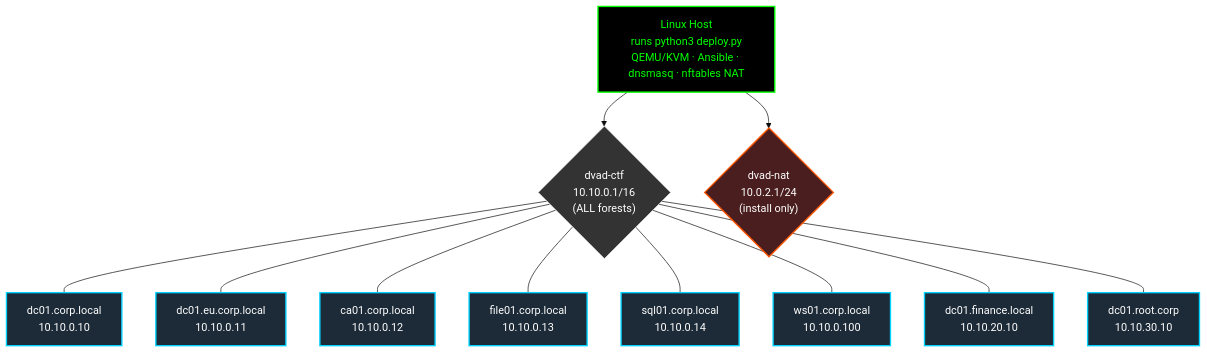
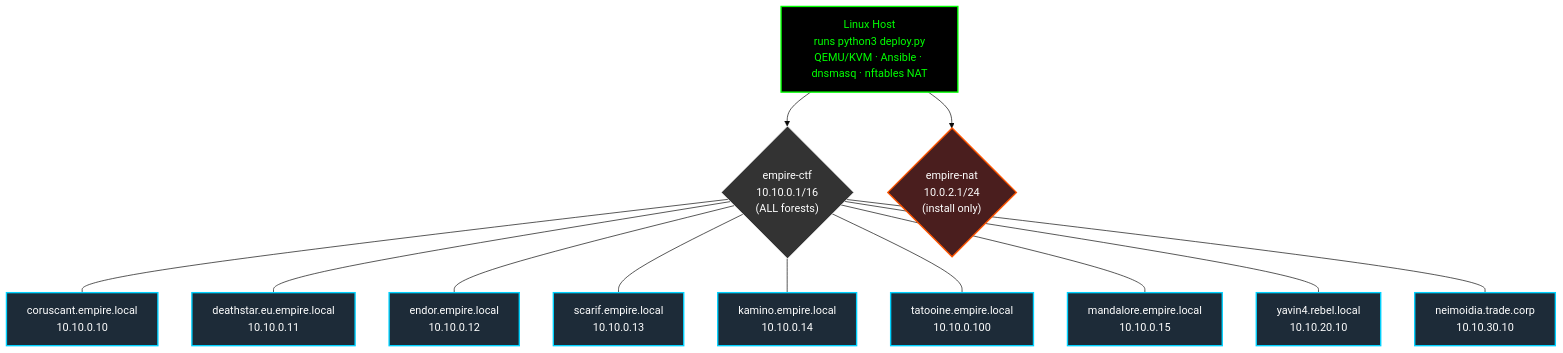
One commit to sanchitsahni/Damn-Vunerable-Active-Directory changed the first of 3 diagrams in README.md. Above: the diagram before and after it, drawn with Mermaid (base theme). The commit also changed other lines of this file and 228 other files, not shown here.

````diff
--- a/README.md
+++ b/README.md
@@ -21,24 +21,25 @@
 ```mermaid
 graph TD
     classDef host fill:#000,stroke:#0f0,stroke-width:2px,color:#0f0;
     classDef bridge fill:#333,stroke:#fff,stroke-width:1px,color:#fff;
     classDef vm fill:#1d2b38,stroke:#00d2ff,stroke-width:2px,color:#fff;
     classDef nat fill:#4a1e1e,stroke:#ff5500,stroke-width:2px,color:#fff;
 
     Host["Linux Host<br/>runs python3 deploy.py<br/>QEMU/KVM · Ansible · dnsmasq · nftables NAT"]:::host
 
-    CTF{"dvad-ctf<br/>10.10.0.1/16<br/>(ALL forests)"}:::bridge
-    NAT{"dvad-nat<br/>10.0.2.1/24<br/>(install only)"}:::nat
+    CTF{"empire-ctf<br/>10.10.0.1/16<br/>(ALL forests)"}:::bridge
+    NAT{"empire-nat<br/>10.0.2.1/24<br/>(install only)"}:::nat
 
     Host --> CTF
     Host --> NAT
 
-    CTF --- DC01["dc01.corp.local<br/>10.10.0.10"]:::vm
-    CTF --- DC01EU["dc01.eu.corp.local<br/>10.10.0.11"]:::vm
-    CTF --- CA01["ca01.corp.local<br/>10.10.0.12"]:::vm
-    CTF --- FILE01["file01.corp.local<br/>10.10.0.13"]:::vm
-    CTF --- SQL01["sql01.corp.local<br/>10.10.0.14"]:::vm
-    CTF --- WS01["ws01.corp.local<br/>10.10.0.100"]:::vm
-    CTF --- DC01FIN["dc01.finance.local<br/>10.10.20.10"]:::vm
-    CTF --- DC01ROOT["dc01.root.corp<br/>10.10.30.10"]:::vm
+    CTF --- coruscant["coruscant.empire.local<br/>10.10.0.10"]:::vm
+    CTF --- deathstar["deathstar.eu.empire.local<br/>10.10.0.11"]:::vm
+    CTF --- endor["endor.empire.local<br/>10.10.0.12"]:::vm
+    CTF --- scarif["scarif.empire.local<br/>10.10.0.13"]:::vm
+    CTF --- kamino["kamino.empire.local<br/>10.10.0.14"]:::vm
+    CTF --- tatooine["tatooine.empire.local<br/>10.10.0.100"]:::vm
+    CTF --- mandalore["mandalore.empire.local<br/>10.10.0.15"]:::vm
+    CTF --- yavin4["yavin4.rebel.local<br/>10.10.20.10"]:::vm
+    CTF --- neimoidia["neimoidia.trade.corp<br/>10.10.30.10"]:::vm
 ```
````
